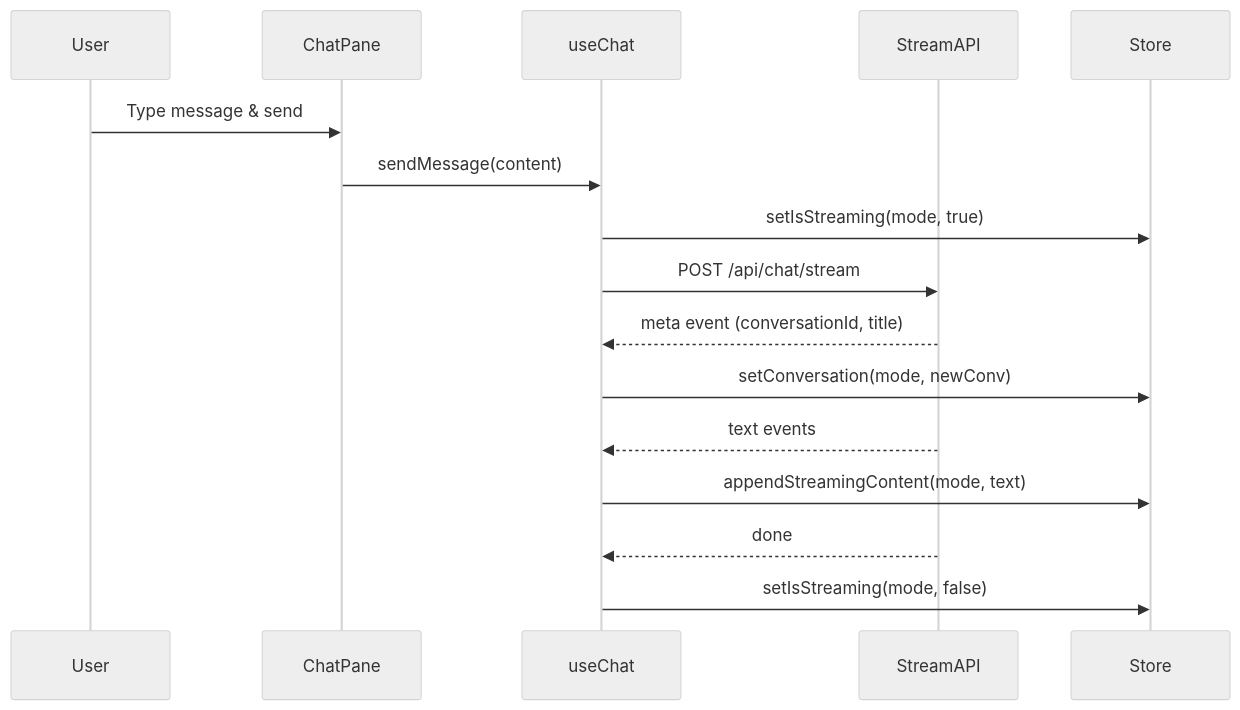
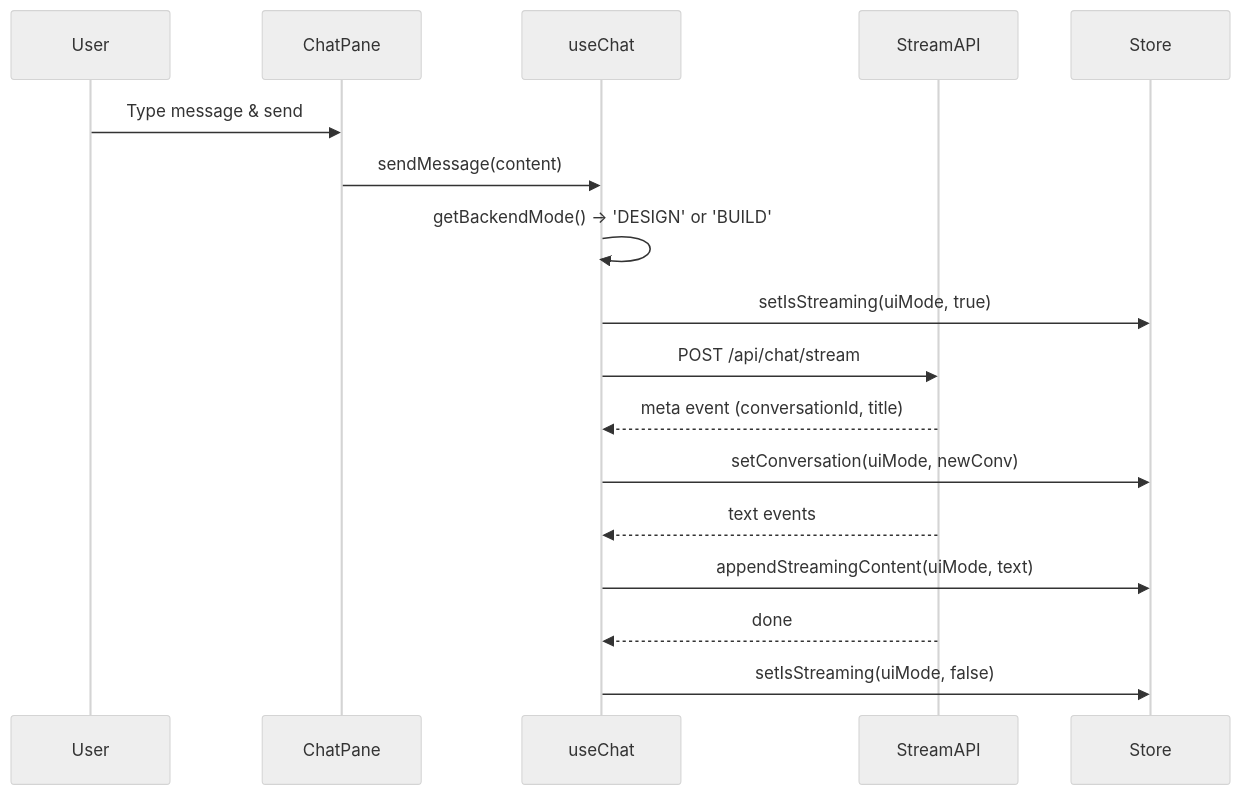
One commit to astral-matrix/ai-creator-app changed the fourth of 5 diagrams in docs/state-management.md. Above: the diagram before and after it, drawn with Mermaid (neutral theme). The commit also changed other lines of this file and 17 other files, not shown here.

First line of the commit message:
Consolidate Design and Build Tabs

````diff
--- a/docs/state-management.md
+++ b/docs/state-management.md
@@ -110,19 +180,20 @@
 ```mermaid
 sequenceDiagram
     participant User
     participant ChatPane
     participant useChat
     participant StreamAPI
     participant Store
 
     User->>ChatPane: Type message & send
     ChatPane->>useChat: sendMessage(content)
-    useChat->>Store: setIsStreaming(mode, true)
+    useChat->>useChat: getBackendMode() → 'DESIGN' or 'BUILD'
+    useChat->>Store: setIsStreaming(uiMode, true)
     useChat->>StreamAPI: POST /api/chat/stream
     StreamAPI-->>useChat: meta event (conversationId, title)
-    useChat->>Store: setConversation(mode, newConv)
+    useChat->>Store: setConversation(uiMode, newConv)
     StreamAPI-->>useChat: text events
-    useChat->>Store: appendStreamingContent(mode, text)
+    useChat->>Store: appendStreamingContent(uiMode, text)
     StreamAPI-->>useChat: done
-    useChat->>Store: setIsStreaming(mode, false)
+    useChat->>Store: setIsStreaming(uiMode, false)
 ```
````
